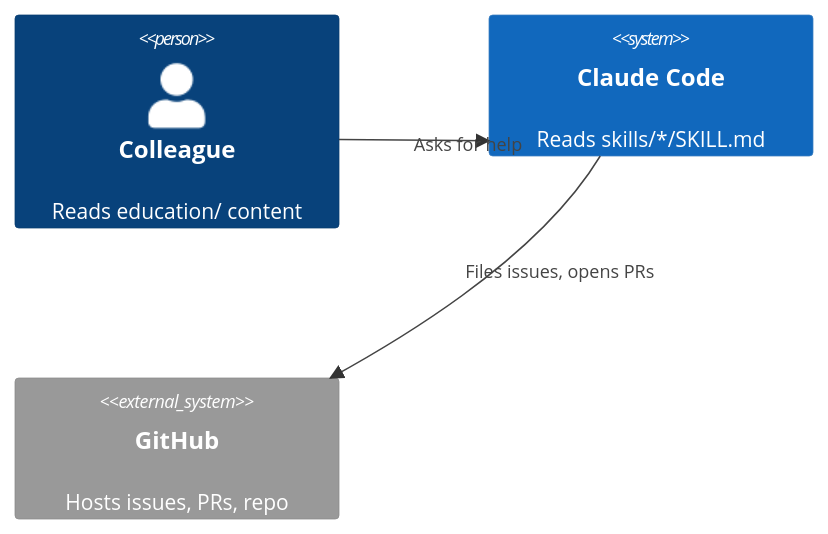
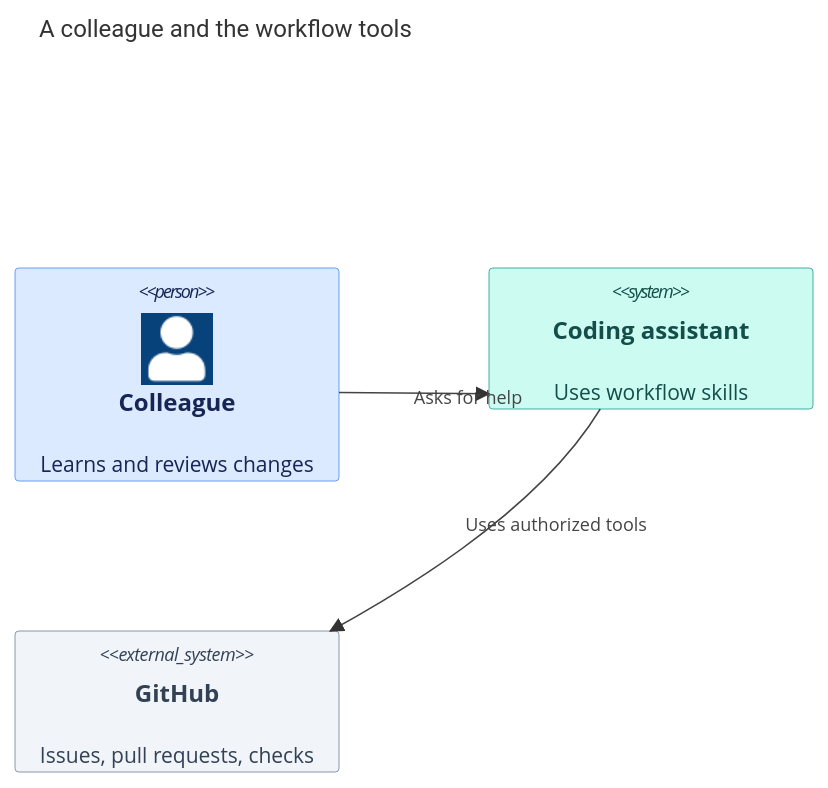
One commit to JeanKadang/DOC-GitHub-Practice-Skills changed the ninth of 23 diagrams in education/examples/mermaid-diagram-types-showcase.md. Above: the diagram before and after it, drawn with Mermaid. The commit also changed other lines of this file, not shown here.

Commit message:
docs: improve Mermaid showcase visuals

````diff
--- a/education/examples/mermaid-diagram-types-showcase.md
+++ b/education/examples/mermaid-diagram-types-showcase.md
@@ -237,8 +345,13 @@
 ```mermaid
 C4Context
-    Person(colleague, "Colleague", "Reads education/ content")
-    System(claudeCode, "Claude Code", "Reads skills/*/SKILL.md")
-    System_Ext(github, "GitHub", "Hosts issues, PRs, repo")
-    Rel(colleague, claudeCode, "Asks for help")
-    Rel(claudeCode, github, "Files issues, opens PRs")
+    title A colleague and the workflow tools
+    Person(colleague, "Colleague", "Learns and reviews changes")
+    System(assistant, "Coding assistant", "Uses workflow skills")
+    System_Ext(github, "GitHub", "Issues, pull requests, checks")
+    Rel(colleague, assistant, "Asks for help")
+    Rel(assistant, github, "Uses authorized tools")
+    UpdateElementStyle(colleague, $bgColor="#dbeafe", $fontColor="#172554", $borderColor="#3b82f6")
+    UpdateElementStyle(assistant, $bgColor="#ccfbf1", $fontColor="#134e4a", $borderColor="#0d9488")
+    UpdateElementStyle(github, $bgColor="#f1f5f9", $fontColor="#334155", $borderColor="#64748b")
+    UpdateLayoutConfig($c4ShapeInRow="3", $c4BoundaryInRow="1")
 ```
````
